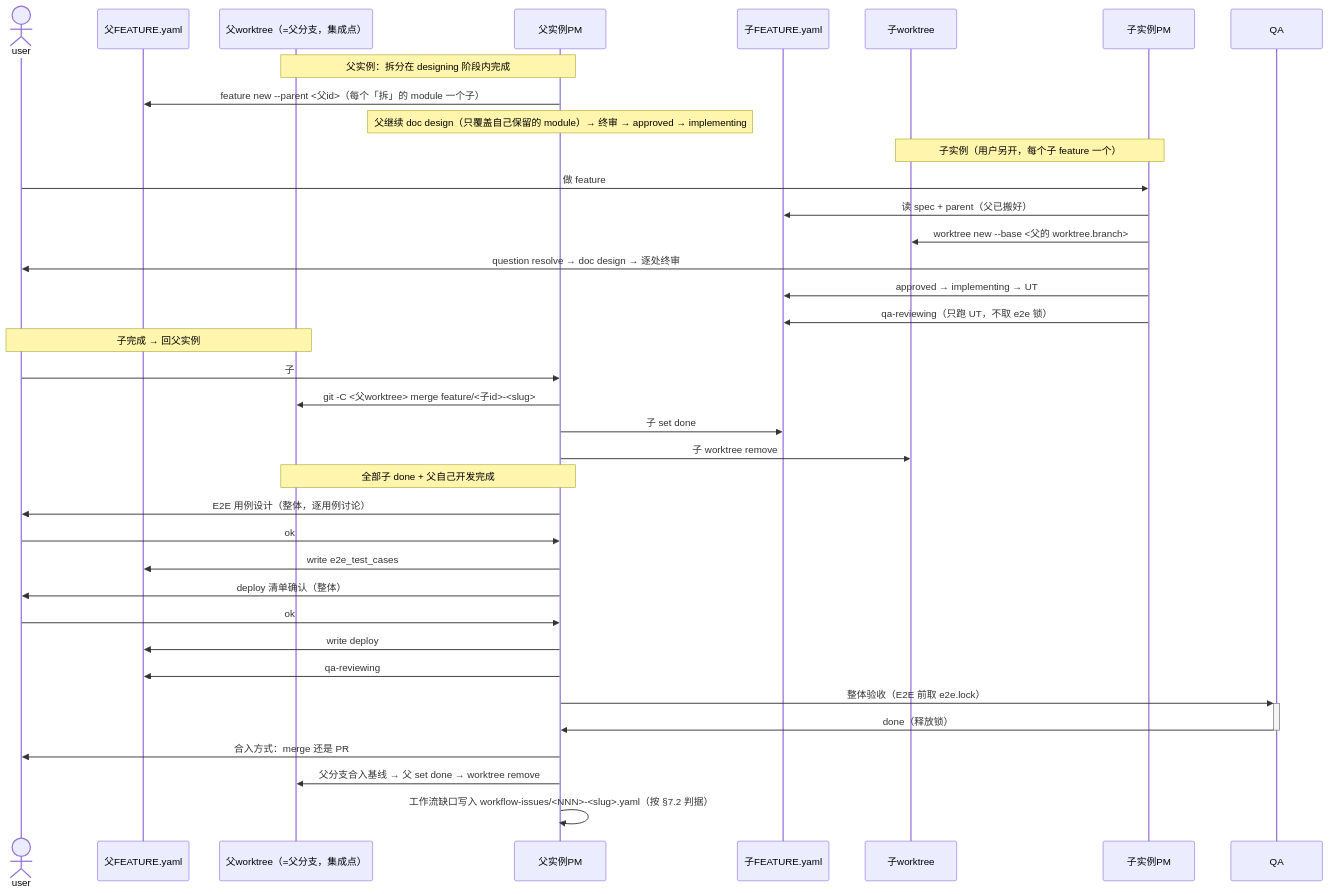
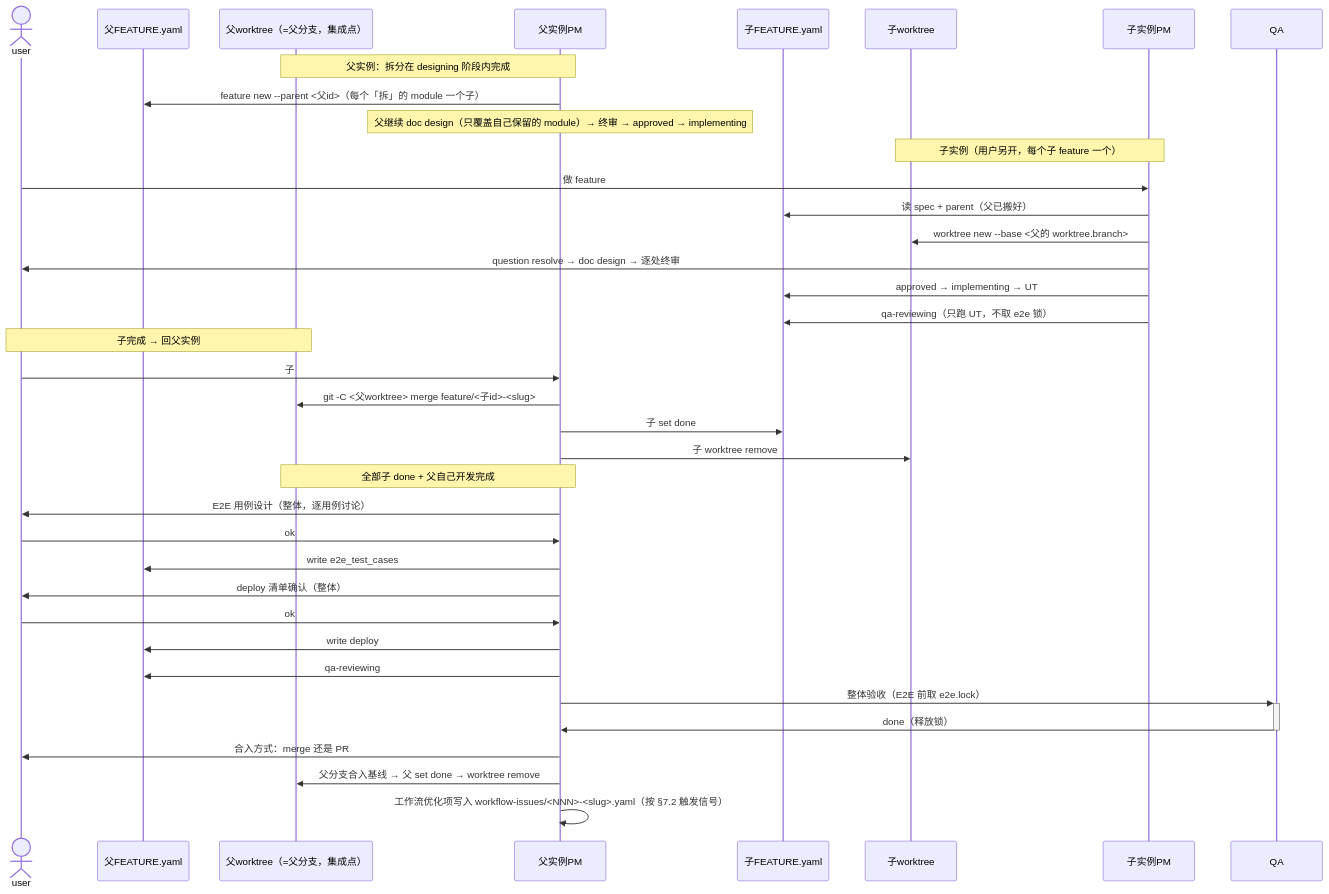
The second of 3 diagrams in system-prompt/agent-factory/agent-pm.md (JoeyAssistant/skill-repo), drawn with Mermaid before and after one commit. The commit also changed other lines of this file, not shown here.

````diff
--- a/system-prompt/agent-factory/agent-pm.md
+++ b/system-prompt/agent-factory/agent-pm.md
@@ -370,43 +370,43 @@
 ```mermaid
 sequenceDiagram
     actor user
     participant pf as 父FEATURE.yaml
     participant pw as 父worktree（=父分支，集成点）
     participant pm as 父实例PM
     participant cf as 子FEATURE.yaml
     participant cw as 子worktree
     participant cpm as 子实例PM
     participant qa as QA
 
     Note over pm,pw: 父实例：拆分在 designing 阶段内完成
     pm->>pf: feature new --parent <父id>（每个「拆」的 module 一个子）
     Note over pm: 父继续 doc design（只覆盖自己保留的 module）→ 终审 → approved → implementing
 
     Note over cpm,cw: 子实例（用户另开，每个子 feature 一个）
     user->>cpm: 做 feature #<子id>
     cpm->>cf: 读 spec + parent（父已搬好）
     cpm->>cw: worktree new --base <父的 worktree.branch>
     cpm->>user: question resolve → doc design → 逐处终审
     cpm->>cf: approved → implementing → UT
     cpm->>cf: qa-reviewing（只跑 UT，不取 e2e 锁）
 
     Note over user,pw: 子完成 → 回父实例
     user->>pm: 子 #<子id> 完成
     pm->>pw: git -C <父worktree> merge feature/<子id>-<slug>
     pm->>cf: 子 set done
     pm->>cw: 子 worktree remove
 
     Note over pm,pw: 全部子 done + 父自己开发完成
     pm->>user: E2E 用例设计（整体，逐用例讨论）
     user->>pm: ok
     pm->>pf: write e2e_test_cases
     pm->>user: deploy 清单确认（整体）
     user->>pm: ok
     pm->>pf: write deploy
     pm->>pf: qa-reviewing
     pm->>+qa: 整体验收（E2E 前取 e2e.lock）
     qa->>-pm: done（释放锁）
     pm->>user: 合入方式：merge 还是 PR
     pm->>pw: 父分支合入基线 → 父 set done → worktree remove
-    pm->>pm: 工作流缺口写入 workflow-issues/<NNN>-<slug>.yaml（按 §7.2 判据）
+    pm->>pm: 工作流优化项写入 workflow-issues/<NNN>-<slug>.yaml（按 §7.2 触发信号）
 ```
````
